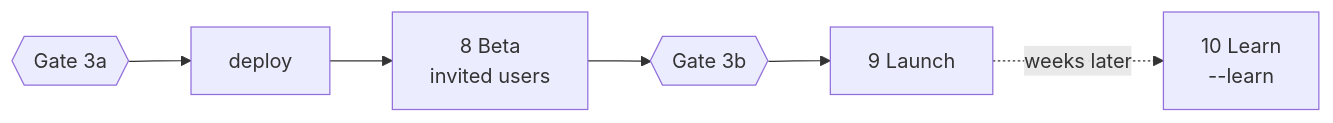
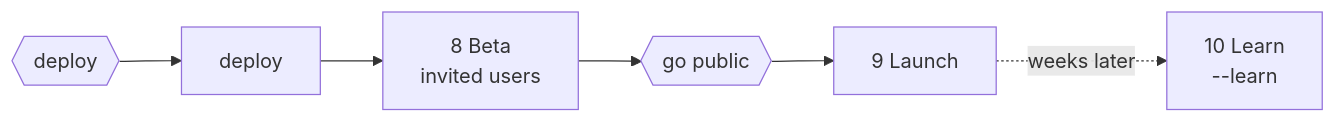
One commit to sultanassi95/mission-control changed the diagram in .claude/skills/product-flow/phases/04-ship-beta-launch-learn.md. Above: the diagram before and after it, drawn with Mermaid. The commit also changed other lines of this file and 6 other files, not shown here.

First line of the commit message:
feat(mc-091): add a design gate to /product-flow, and name every gate instead of numbering it

````diff
--- a/.claude/skills/product-flow/phases/04-ship-beta-launch-learn.md
+++ b/.claude/skills/product-flow/phases/04-ship-beta-launch-learn.md
@@ -7,4 +7,4 @@
 ```mermaid
 flowchart LR
-  G3a{{Gate 3a}} --> D[deploy] --> B[8 Beta<br/>invited users] --> G3b{{Gate 3b}} --> L[9 Launch] -.->|weeks later| R[10 Learn<br/>--learn]
+  G3a{{deploy}} --> D[deploy] --> B[8 Beta<br/>invited users] --> G3b{{go public}} --> L[9 Launch] -.->|weeks later| R[10 Learn<br/>--learn]
 ```
````
